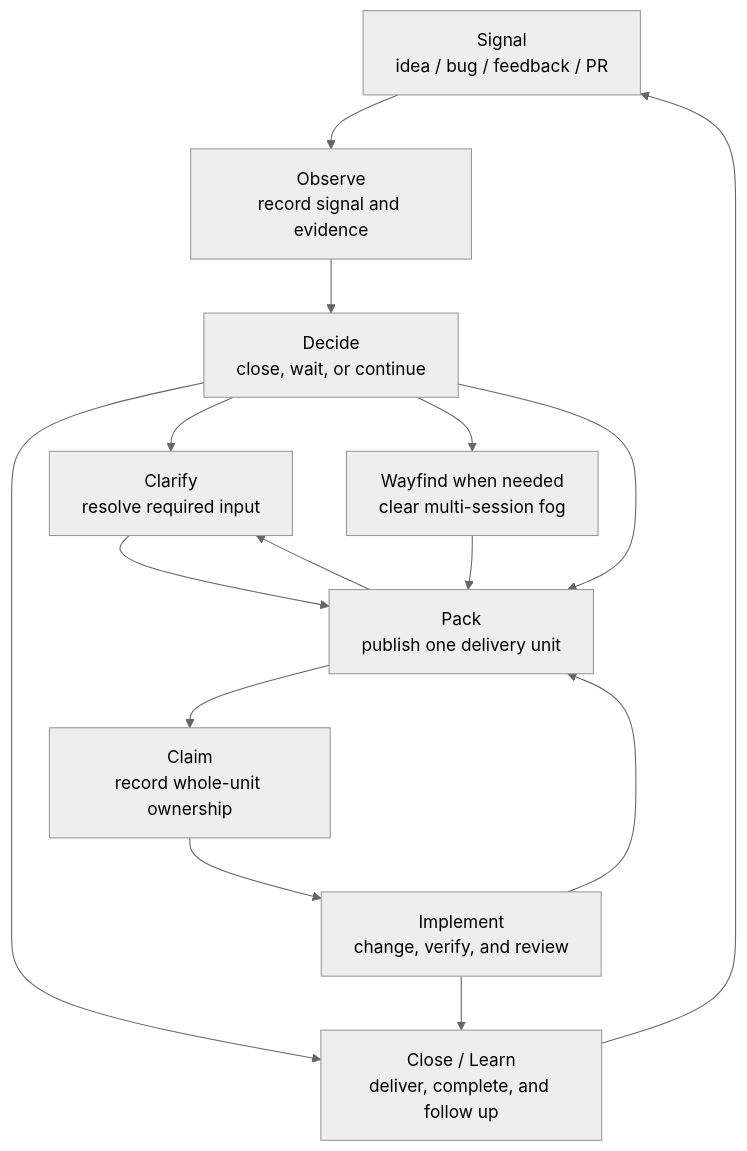
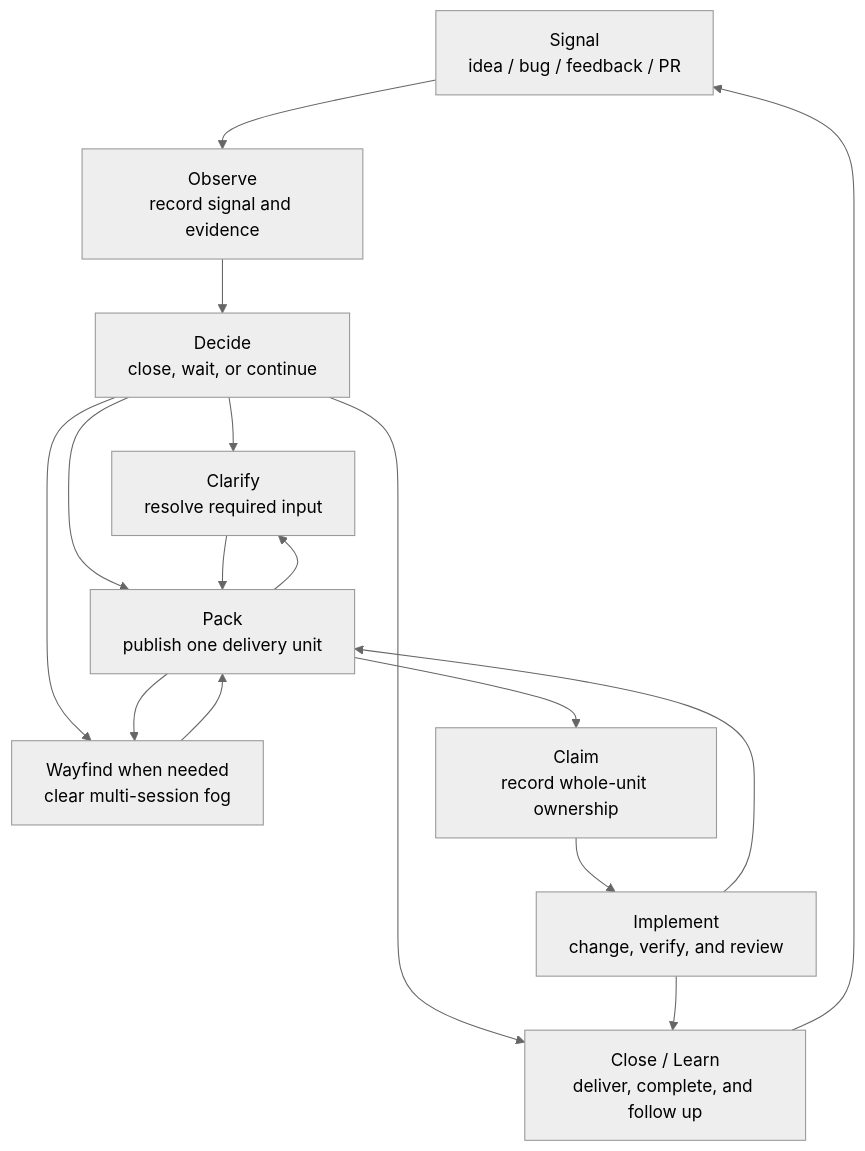
One commit to Andiedie/skills changed the diagram in skills/ai-native-development/docs/delivery-loop.md. Above: the diagram before and after it, drawn with Mermaid (neutral theme). The commit also changed other lines of this file and 14 other files, not shown here.

````diff
--- a/skills/ai-native-development/docs/delivery-loop.md
+++ b/skills/ai-native-development/docs/delivery-loop.md
@@ -68,27 +68,28 @@
 ```mermaid
 flowchart TD
   Signal["Signal<br/>idea / bug / feedback / PR"]
   Observe["Observe<br/>record signal and evidence"]
   Decide["Decide<br/>close, wait, or continue"]
   Clarify["Clarify<br/>resolve required input"]
   Wayfind["Wayfind when needed<br/>clear multi-session fog"]
   Pack["Pack<br/>publish one delivery unit"]
   Claim["Claim<br/>record whole-unit ownership"]
   Implement["Implement<br/>change, verify, and review"]
   Close["Close / Learn<br/>deliver, complete, and follow up"]
 
   Signal --> Observe
   Observe --> Decide
   Decide --> Close
   Decide --> Clarify
   Decide --> Wayfind
   Decide --> Pack
   Clarify --> Pack
   Wayfind --> Pack
   Pack --> Clarify
+  Pack --> Wayfind
   Pack --> Claim
   Claim --> Implement
   Implement --> Pack
   Implement --> Close
   Close --> Signal
 ```
````
